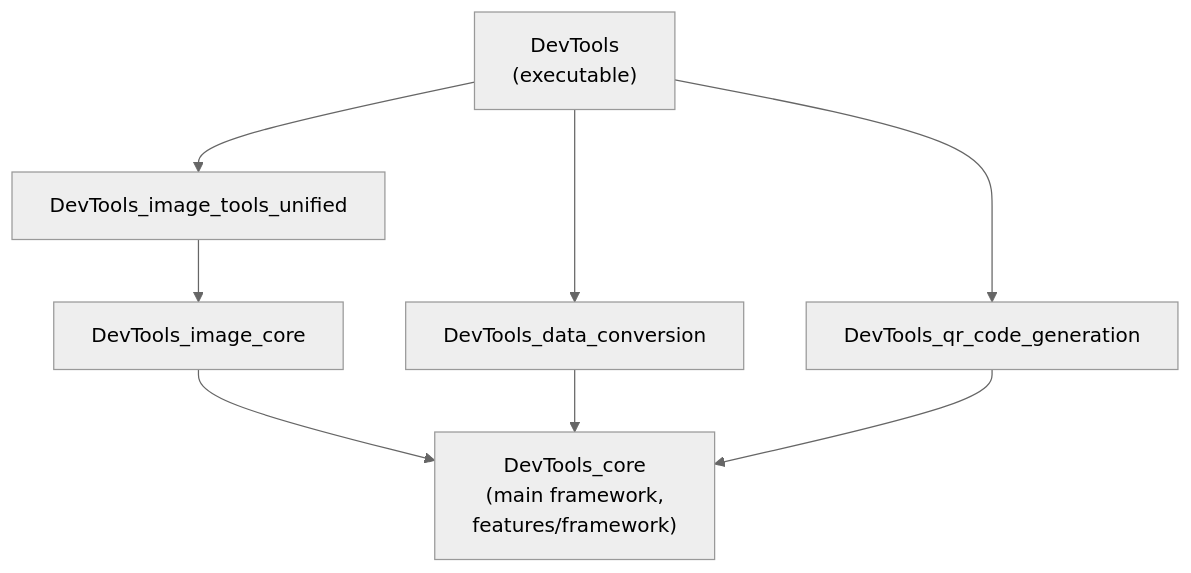
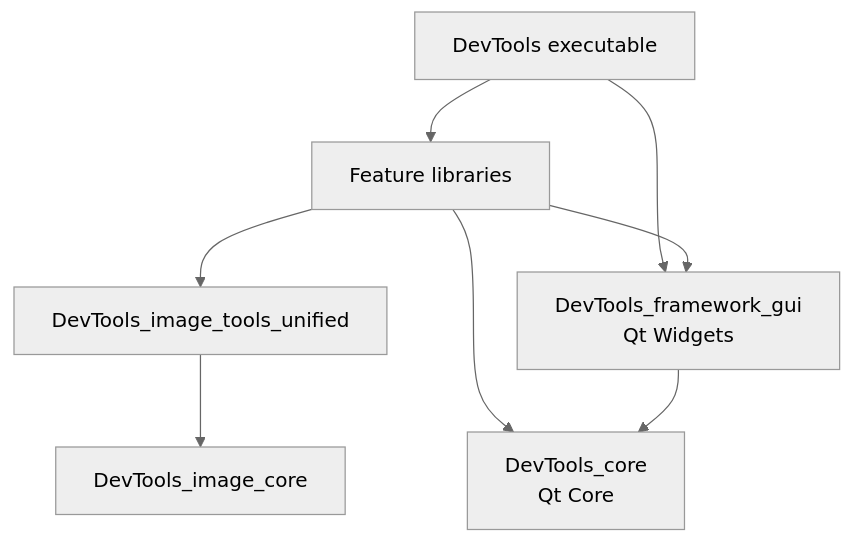
Before and after one commit to LotusAndCompany/devtools: the second of 9 diagrams in docs/development/architecture.md, drawn with Mermaid (neutral theme). The commit also changed other lines of this file and 129 other files, not shown here.

````diff
--- a/docs/development/architecture.md
+++ b/docs/development/architecture.md
@@ -54,16 +61,16 @@
 ```mermaid
 flowchart TD
-    app["DevTools<br/>(executable)"]
+    app["DevTools executable"]
+    features["Feature libraries"]
     image["DevTools_image_tools_unified"]
-    conversion["DevTools_data_conversion"]
-    qr["DevTools_qr_code_generation"]
     image_core["DevTools_image_core"]
-    core["DevTools_core<br/>(main framework,<br/>features/framework)"]
-    app --> image
-    app --> conversion
-    app --> qr
+    gui["DevTools_framework_gui<br/>Qt Widgets"]
+    core["DevTools_core<br/>Qt Core"]
+    app --> features
+    app --> gui
+    features --> image
+    features --> gui
+    features --> core
     image --> image_core
-    image_core --> core
-    conversion --> core
-    qr --> core
+    gui --> core
 ```
````
